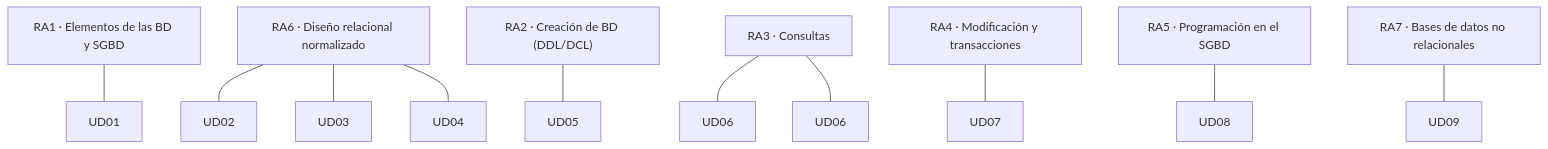
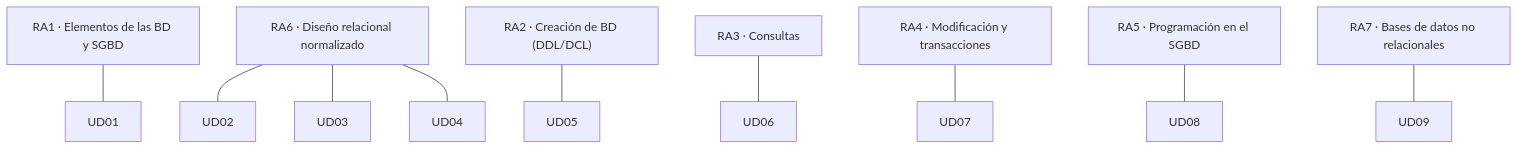
One commit to LorenaLResusta/BBDD changed the diagram in content.es/guia/ra-ce.md. Above: the diagram before and after it, drawn with Mermaid. The commit also changed other lines of this file and 7 other files, not shown here.

````diff
--- a/content.es/guia/ra-ce.md
+++ b/content.es/guia/ra-ce.md
@@ -15,10 +15,10 @@
 ```mermaid
 flowchart TB
     RA1["RA1 · Elementos de las BD y SGBD"] --- U1[UD01]
     RA6["RA6 · Diseño relacional normalizado"] --- U2[UD02] & U3[UD03] & U4[UD04]
     RA2["RA2 · Creación de BD (DDL/DCL)"] --- U5[UD05]
-    RA3["RA3 · Consultas"] --- U6[UD06] & U7[UD06]
-    RA4["RA4 · Modificación y transacciones"] --- U8[UD07]
-    RA5["RA5 · Programación en el SGBD"] --- U9[UD08]
-    RA7["RA7 · Bases de datos no relacionales"] --- U10[UD09]
+    RA3["RA3 · Consultas"] --- U6[UD06]
+    RA4["RA4 · Modificación y transacciones"] --- U7[UD07]
+    RA5["RA5 · Programación en el SGBD"] --- U8[UD08]
+    RA7["RA7 · Bases de datos no relacionales"] --- U9[UD09]
 ```
````
